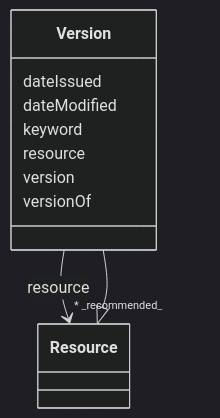
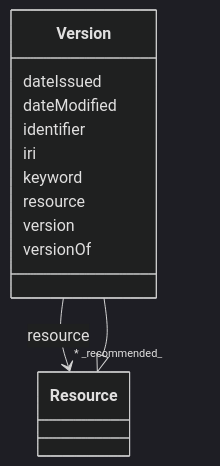
The diagram in models/docs/Version.md (EVORA-project/evora-ontology), drawn with Mermaid (dark theme) before and after one commit. The commit also changed other lines of this file and 391 other files, not shown here.

````diff
--- a/models/docs/Version.md
+++ b/models/docs/Version.md
@@ -19,28 +19,32 @@
 ```mermaid
  classDiagram
     class Version
     click Version href "../Version"
       Resource <|-- Version
         click Resource href "../Resource"
       
       Version : dateIssued
         
       Version : dateModified
+        
+      Version : identifier
+        
+      Version : iri
         
       Version : keyword
         
       Version : resource
         
           
     
     
     Version --> "* _recommended_" Resource : resource
     click Resource href "../Resource"
 
         
       Version : version
         
       Version : versionOf
         
       
 ```
````
